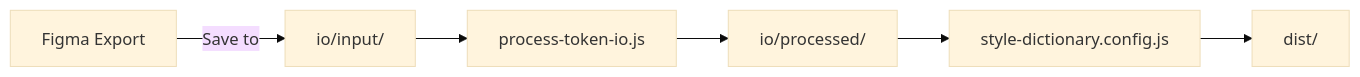
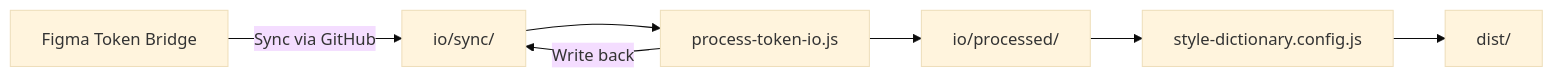
Before and after one commit to travhall/wylie-dog-ds: the diagram in documentation/tokens/token-system.md, drawn with Mermaid (base theme). The commit also changed other lines of this file and 17 other files, not shown here.

First line of the commit message:
refactor: streamline token system and remove Figma integration

````diff
--- a/documentation/tokens/token-system.md
+++ b/documentation/tokens/token-system.md
@@ -44,8 +44,9 @@
 ```mermaid
 graph LR
-    A[Figma Export] -->|Save to| B[io/input/]
+    A[Figma Token Bridge] -->|Sync via GitHub| B[io/sync/]
     B --> C[process-token-io.js]
     C --> D[io/processed/]
     D --> E[style-dictionary.config.js]
     E --> F[dist/]
+    C -->|Write back| B
 ```
````
